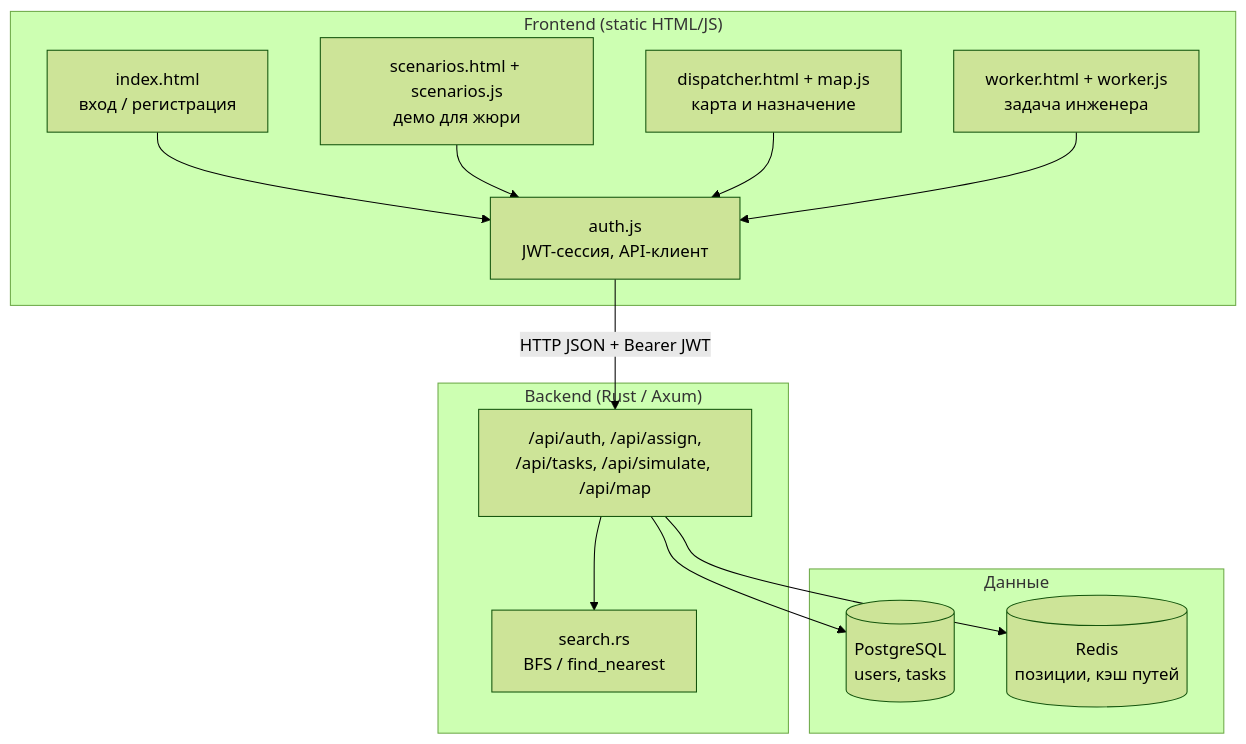
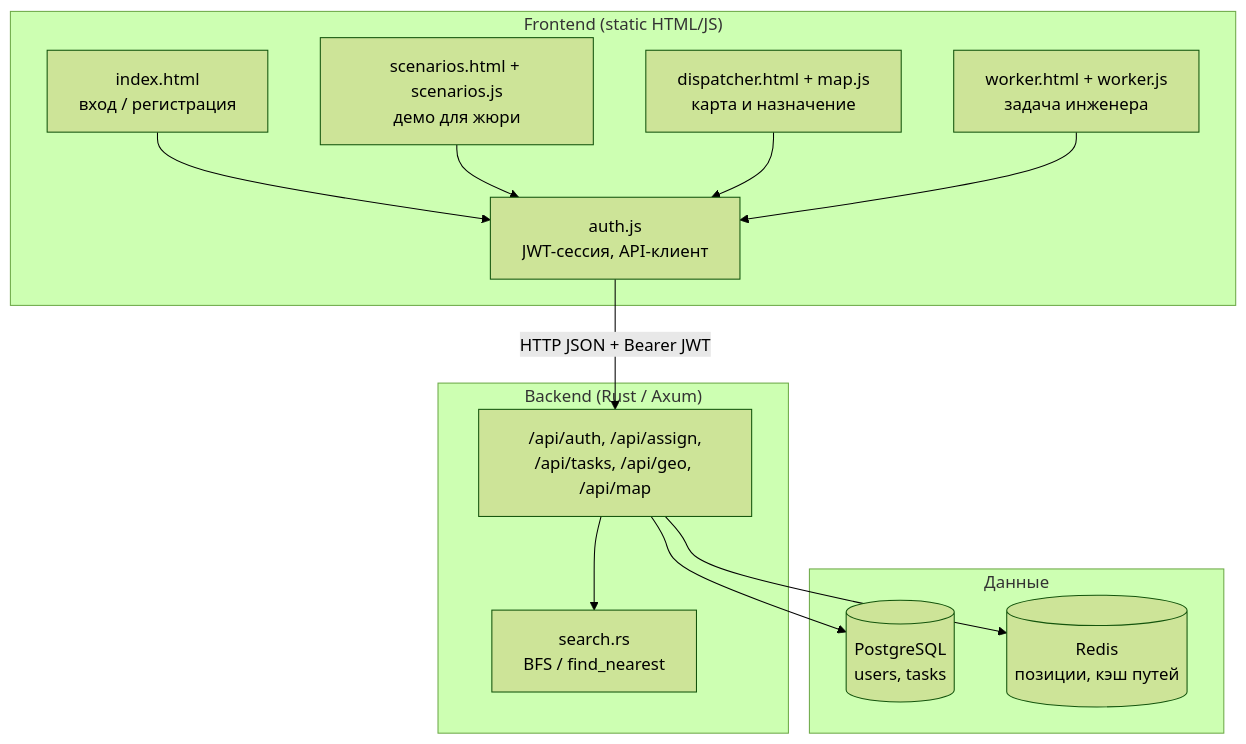
Before and after one commit to MonsieurJaDex/aeroflot-snippets: the first of 2 diagrams in docs/TECHNICAL.md, drawn with Mermaid (forest theme). The commit also changed other lines of this file and 15 other files, not shown here.

Commit message:
Refactored API routes and DTOs to transition from simulation to geo functionality. Updated endpoint paths, request structures, and response types accordingly. Removed obsolete simulation module and adjusted related documentation and tests.

````diff
--- a/docs/TECHNICAL.md
+++ b/docs/TECHNICAL.md
@@ -45,29 +45,29 @@
 ```mermaid
 flowchart TB
   subgraph Client["Frontend (static HTML/JS)"]
     Index["index.html\nвход / регистрация"]
     Scenarios["scenarios.html + scenarios.js\nдемо для жюри"]
     Disp["dispatcher.html + map.js\nкарта и назначение"]
     Work["worker.html + worker.js\nзадача инженера"]
     Auth["auth.js\nJWT-сессия, API-клиент"]
   end
 
   subgraph Server["Backend (Rust / Axum)"]
-    API["/api/auth, /api/assign,\n/api/tasks, /api/simulate, /api/map"]
+    API["/api/auth, /api/assign,\n/api/tasks, /api/geo, /api/map"]
     Search["search.rs\nBFS / find_nearest"]
   end
 
   subgraph Data["Данные"]
     PG[(PostgreSQL\nusers, tasks)]
     RD[(Redis\nпозиции, кэш путей)]
   end
 
   Index --> Auth
   Scenarios --> Auth
   Disp --> Auth
   Work --> Auth
   Auth -->|HTTP JSON + Bearer JWT| API
   API --> Search
   API --> PG
   API --> RD
 ```
````
